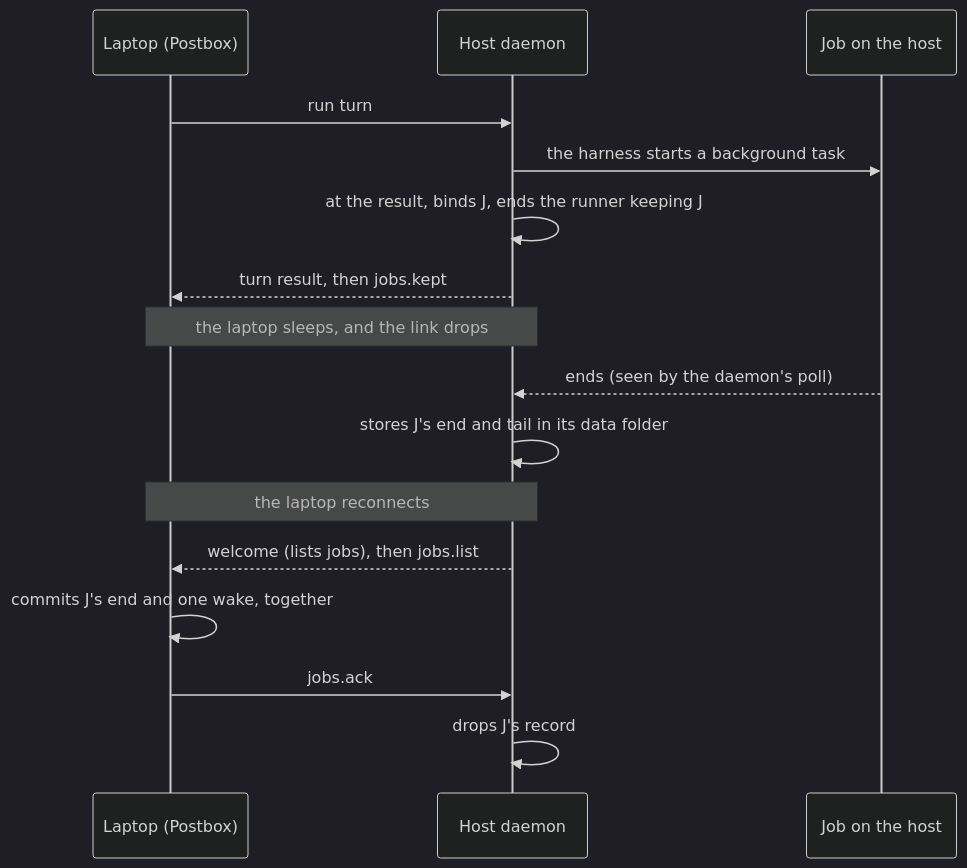
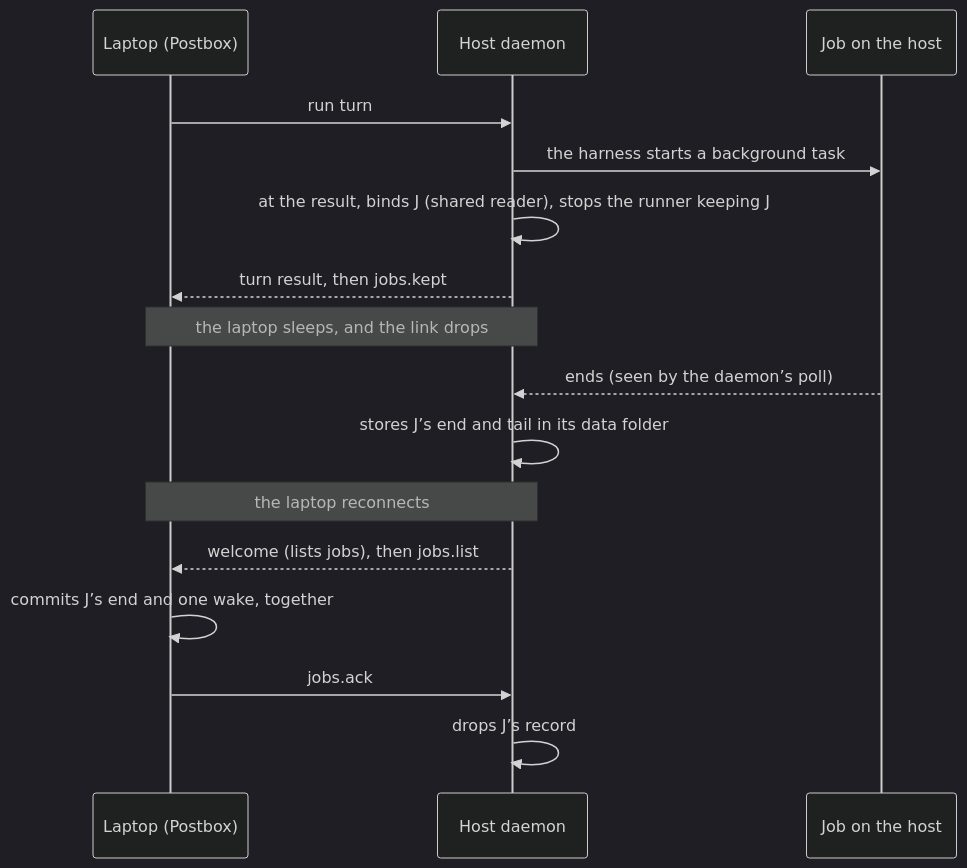
One commit to HJeon139/postbox changed the second of 2 diagrams in designs/architecture/background-processes.md. Above: the diagram before and after it, drawn with Mermaid (dark theme). The commit also changed other lines of this file and 1 other file, not shown here.

First line of the commit message:
docs(architecture): wait rather than kill, and add the marker for unreported work

````diff
--- a/designs/architecture/background-processes.md
+++ b/designs/architecture/background-processes.md
@@ -113,18 +158,18 @@
 ```mermaid
 sequenceDiagram
   participant L as Laptop (Postbox)
   participant D as Host daemon
   participant J as Job on the host
   L->>D: run turn
   D->>J: the harness starts a background task
-  D->>D: at the result, binds J, ends the runner keeping J
+  D->>D: at the result, binds J (shared reader), stops the runner keeping J
   D-->>L: turn result, then jobs.kept
   Note over L,D: the laptop sleeps, and the link drops
-  J-->>D: ends (seen by the daemon's poll)
-  D->>D: stores J's end and tail in its data folder
+  J-->>D: ends (seen by the daemon’s poll)
+  D->>D: stores J’s end and tail in its data folder
   Note over L,D: the laptop reconnects
   D-->>L: welcome (lists jobs), then jobs.list
-  L->>L: commits J's end and one wake, together
+  L->>L: commits J’s end and one wake, together
   L->>D: jobs.ack
-  D->>D: drops J's record
+  D->>D: drops J’s record
 ```
````
